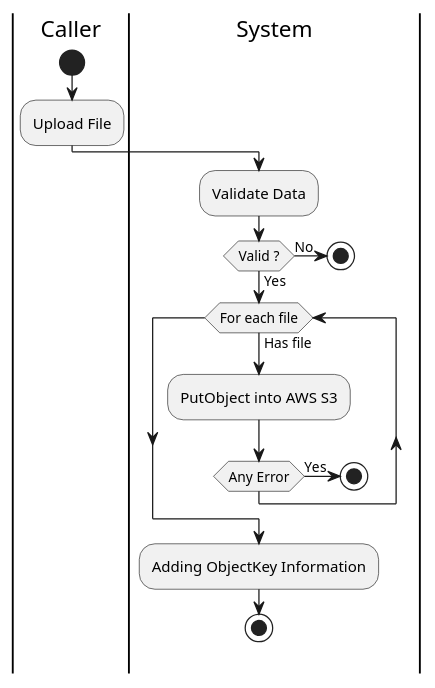
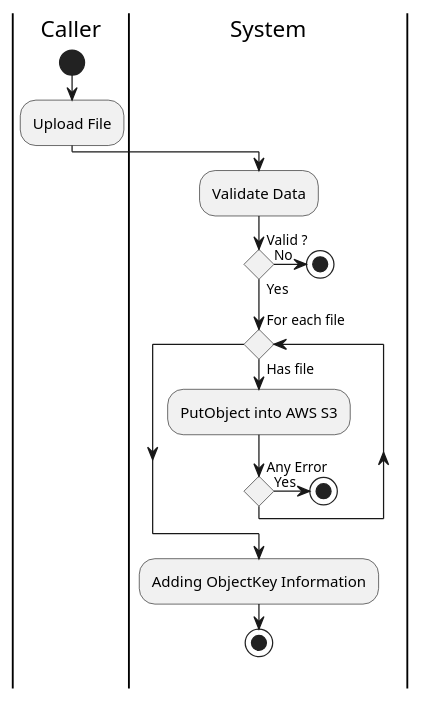
The diagram in Activity/Release01/Upload.wsd (fwidjaya20/fazzlearning-uml), drawn with PlantUML before and after one commit. The commit also changed 86 other files, not shown here.

```diff
--- a/Activity/Release01/Upload.wsd
+++ b/Activity/Release01/Upload.wsd
@@ -1,25 +1,26 @@
 @startuml Upload
 
 skinparam ConditionEndStyle hline
+skinparam conditionStyle diamond
 skinparam Monochrome true
 skinparam Shadowing false
 
 |Caller|
 start
 :Upload File;
 
 |System|
 :Validate Data;
 if (Valid ?) then (Yes)
     while(For each file) is (Has file)
         :PutObject into AWS S3;
         if (Any Error) then (Yes)
             stop
         endif
     endwhile
     :Adding ObjectKey Information;
     stop
 else (No)
     stop
 endif
 @enduml
```
